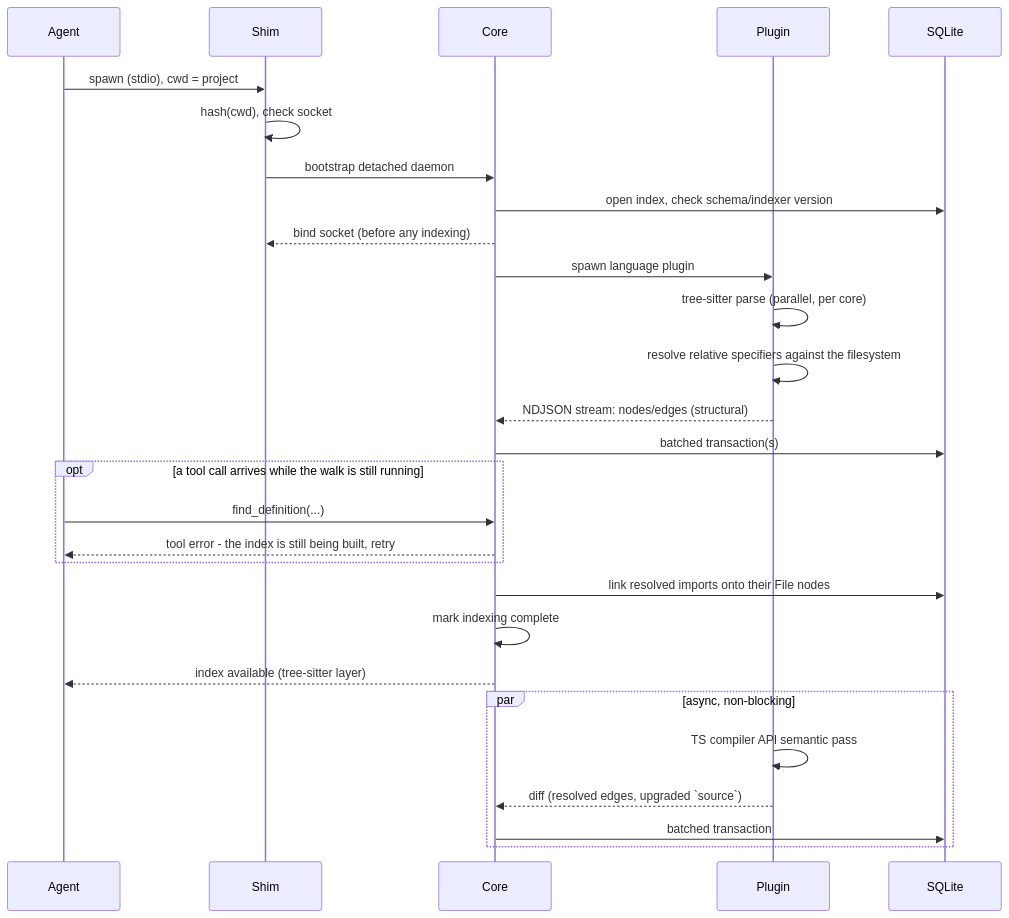
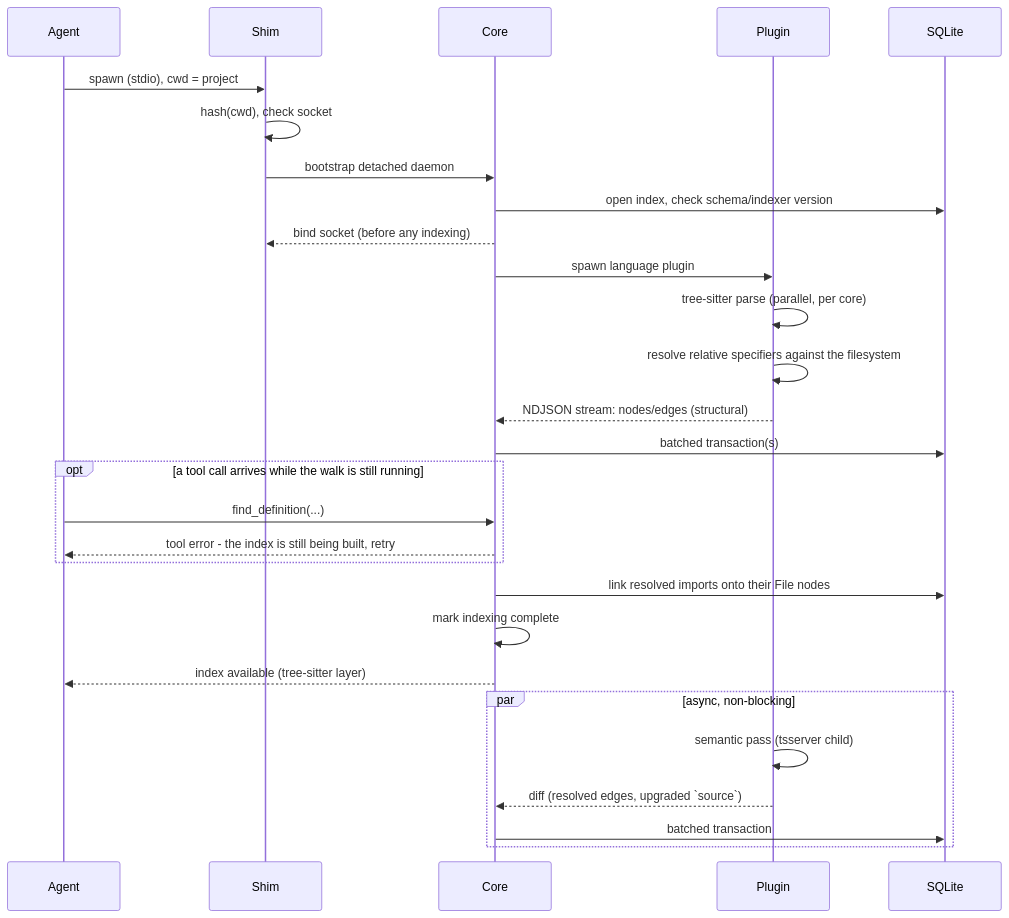
One commit to madmurdok/g-mesh changed the second of 5 diagrams in docs/architecture/g-mesh-v1.md. Above: the diagram before and after it, drawn with Mermaid. The commit also changed other lines of this file and 4 other files, not shown here.

````diff
--- a/docs/architecture/g-mesh-v1.md
+++ b/docs/architecture/g-mesh-v1.md
@@ -169,31 +173,31 @@
 ```mermaid
 sequenceDiagram
     participant Agent
     participant Shim
     participant Core
     participant Plugin
     participant DB as SQLite
 
     Agent->>Shim: spawn (stdio), cwd = project
     Shim->>Shim: hash(cwd), check socket
     Shim->>Core: bootstrap detached daemon
     Core->>DB: open index, check schema/indexer version
     Core-->>Shim: bind socket (before any indexing)
     Core->>Plugin: spawn language plugin
     Plugin->>Plugin: tree-sitter parse (parallel, per core)
     Plugin->>Plugin: resolve relative specifiers against the filesystem
     Plugin-->>Core: NDJSON stream: nodes/edges (structural)
     Core->>DB: batched transaction(s)
     opt a tool call arrives while the walk is still running
         Agent->>Core: find_definition(...)
         Core-->>Agent: tool error - the index is still being built, retry
     end
     Core->>DB: link resolved imports onto their File nodes
     Core->>Core: mark indexing complete
     Core-->>Agent: index available (tree-sitter layer)
     par async, non-blocking
-        Plugin->>Plugin: TS compiler API semantic pass
+        Plugin->>Plugin: semantic pass (tsserver child)
         Plugin-->>Core: diff (resolved edges, upgraded `source`)
         Core->>DB: batched transaction
     end
 ```
````
